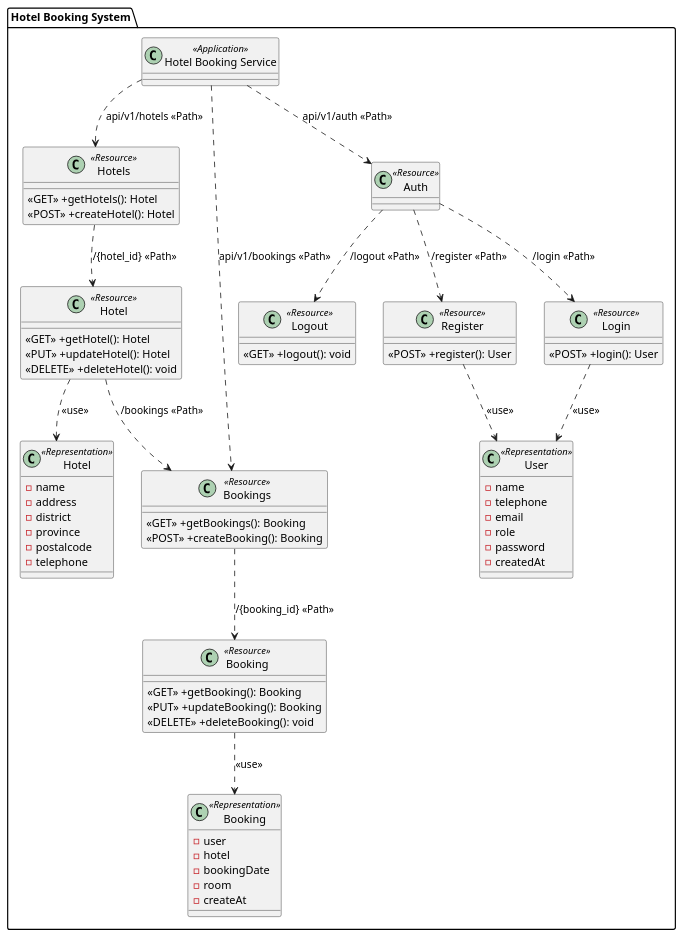
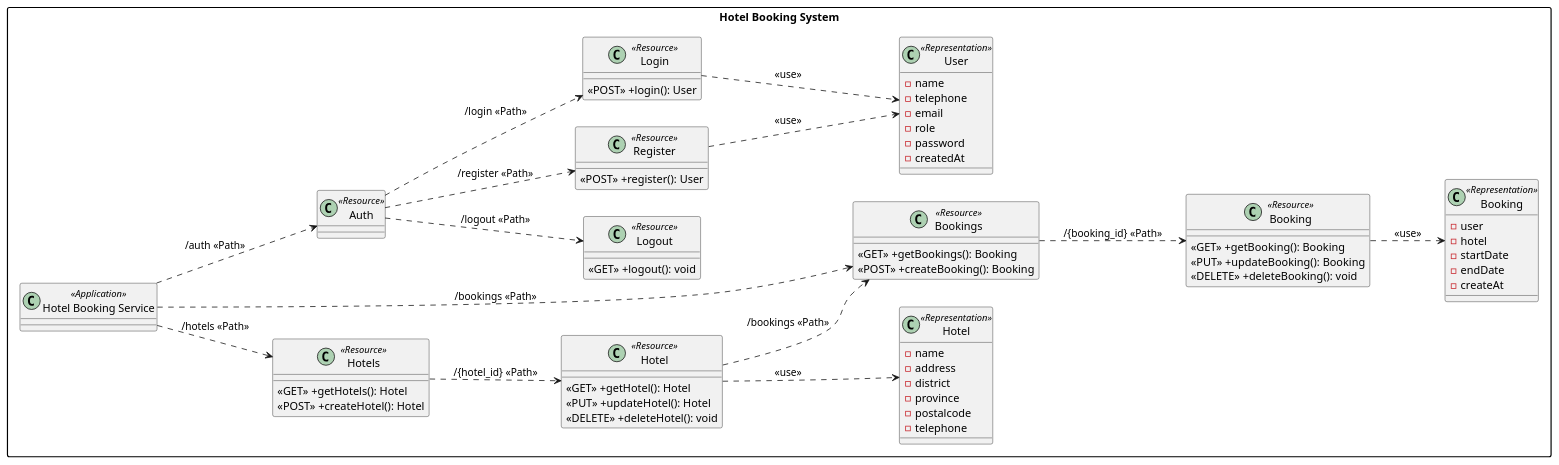
One commit to podesport/SWPrac-proj changed the diagram in plant_uml/hotelRegistrationClassDiagram.puml. Above: the diagram before and after it, drawn with PlantUML. The commit also changed 7 other files, not shown here.

```diff
--- a/plant_uml/hotelRegistrationClassDiagram.puml
+++ b/plant_uml/hotelRegistrationClassDiagram.puml
@@ -1,94 +1,96 @@
 @startuml Hotel Booking System Class Diagram
+left to right direction
+skinparam packageStyle rectangle
 
 package "Hotel Booking System" {
     ' Application
     class "Hotel Booking Service" as HotelBookingService <<Application>> {
 
     }
 
     ' Resource
     class "Hotels" as HotelsResource <<Resource>> {
         <<GET>> +getHotels(): Hotel
         <<POST>> +createHotel(): Hotel
     }
     class "Hotel" as HotelResource <<Resource>> {
         <<GET>> +getHotel(): Hotel
         <<PUT>> +updateHotel(): Hotel
         <<DELETE>> +deleteHotel(): void
     }
     class "Bookings" as BookingsResource <<Resource>> {
         <<GET>> +getBookings(): Booking
         <<POST>> +createBooking(): Booking
     }
     class "Booking" as BookingResource <<Resource>> {
         <<GET>> +getBooking(): Booking
         <<PUT>> +updateBooking(): Booking
         <<DELETE>> +deleteBooking(): void
     }
     class "Auth" as AuthResource <<Resource>> {
 
     }
     class "Register" as RegisterResource <<Resource>> {
         <<POST>> +register(): User
     }
     class "Login" as LoginResource <<Resource>> {
         <<POST>> +login(): User
     }
     class "Logout" as LogoutResource <<Resource>> {
         <<GET>> +logout(): void
     }
 
     ' Representation
     class "User" as UserRepresentation <<Representation>> {
         - name
         - telephone
         - email
         - role
         - password
         - createdAt
     }
     class "Hotel" as HotelRepresentation <<Representation>> {
         - name
         - address
         - district
         - province
         - postalcode
         - telephone
     }
     class "Booking" as BookingRepresentation <<Representation>> {
         - user
         - hotel
-        - bookingDate
-        - room
+        - startDate
+        - endDate
         - createAt
     }
 }
 
 ' Relations
 ' Application - Any
-HotelBookingService ..> HotelsResource : "api/v1/hotels <<Path>>"
-HotelBookingService ..> BookingsResource : "api/v1/bookings <<Path>>"
-HotelBookingService ..> AuthResource : "api/v1/auth <<Path>>"
+HotelBookingService ..> HotelsResource : "/hotels <<Path>>"
+HotelBookingService ..> BookingsResource : "/bookings <<Path>>"
+HotelBookingService ..> AuthResource : "/auth <<Path>>"
 
 
 ' Hotel - Hotel
 HotelsResource ..> HotelResource : "/{hotel_id} <<Path>>"
 HotelResource ..> HotelRepresentation : "<<use>>"
 
 
 ' Booking - Hotel
 HotelResource ..> BookingsResource : "/bookings <<Path>>"
 
 ' Booking - Booking
 BookingsResource ..> BookingResource : "/{booking_id} <<Path>>"
 BookingResource ..> BookingRepresentation : "<<use>>"
 
 
 ' Auth - User
 AuthResource ..> RegisterResource : "/register <<Path>>"
 AuthResource ..> LoginResource : "/login <<Path>>"
 AuthResource ..> LogoutResource : "/logout <<Path>>"
 RegisterResource ..> UserRepresentation : "<<use>>"
 LoginResource ..> UserRepresentation : "<<use>>"
 
 @enduml
```
